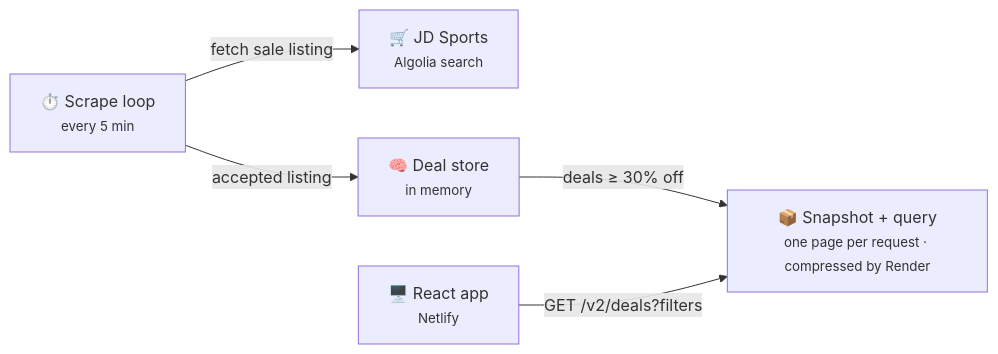
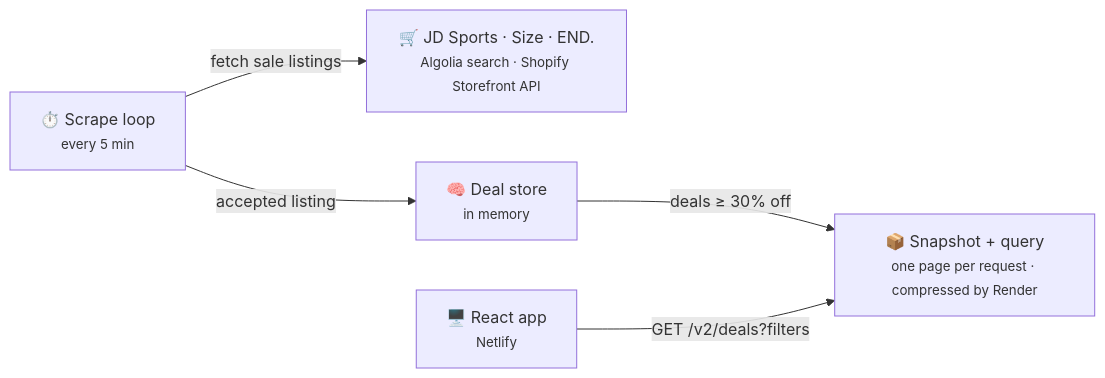
Before and after one commit to JahanU/bargain-web-scraper: the first of 2 diagrams in README.md, drawn with Mermaid. The commit also changed other lines of this file and 9 other files, not shown here.

````diff
--- a/README.md
+++ b/README.md
@@ -13,13 +13,13 @@
 ```mermaid
 flowchart LR
-    jd["🛒 JD Sports<br/><small>Algolia search</small>"]
+    jd["🛒 JD Sports · Size · END.<br/><small>Algolia search · Shopify Storefront API</small>"]
     loop["⏱️ Scrape loop<br/><small>every 5 min</small>"]
     store["🧠 Deal store<br/><small>in memory</small>"]
     response["📦 Snapshot + query<br/><small>one page per request · compressed by Render</small>"]
     app["🖥️ React app<br/><small>Netlify</small>"]
 
-    loop -- fetch sale listing --> jd
+    loop -- fetch sale listings --> jd
     loop -- accepted listing --> store
     store -- "deals ≥ 30% off" --> response
     app -- "GET /v2/deals?filters" --> response
 ```
````
